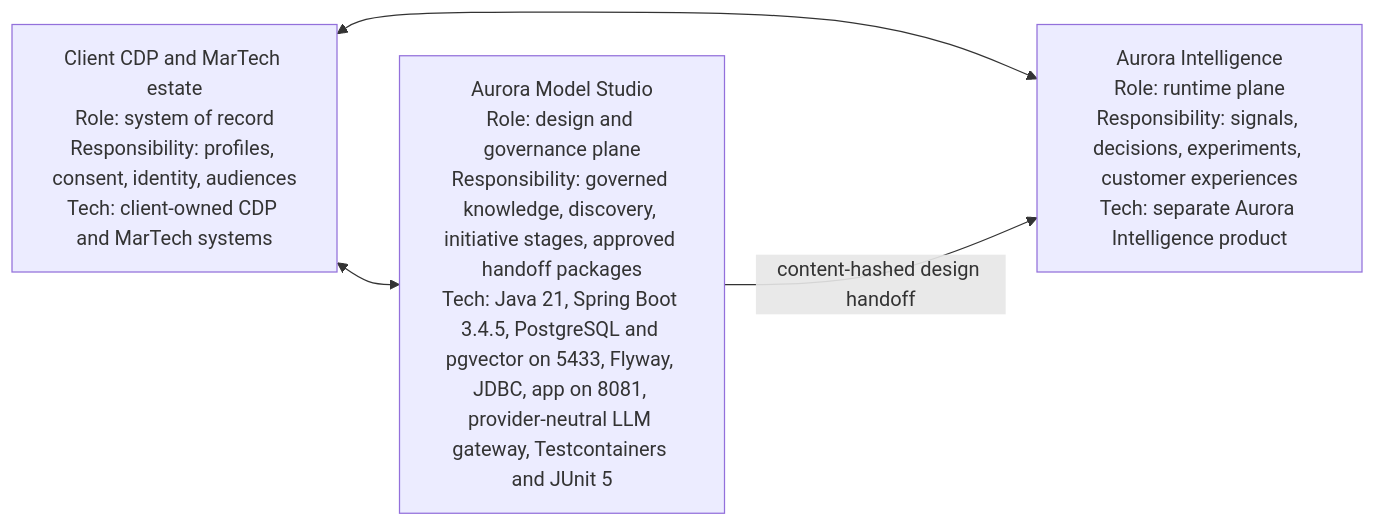
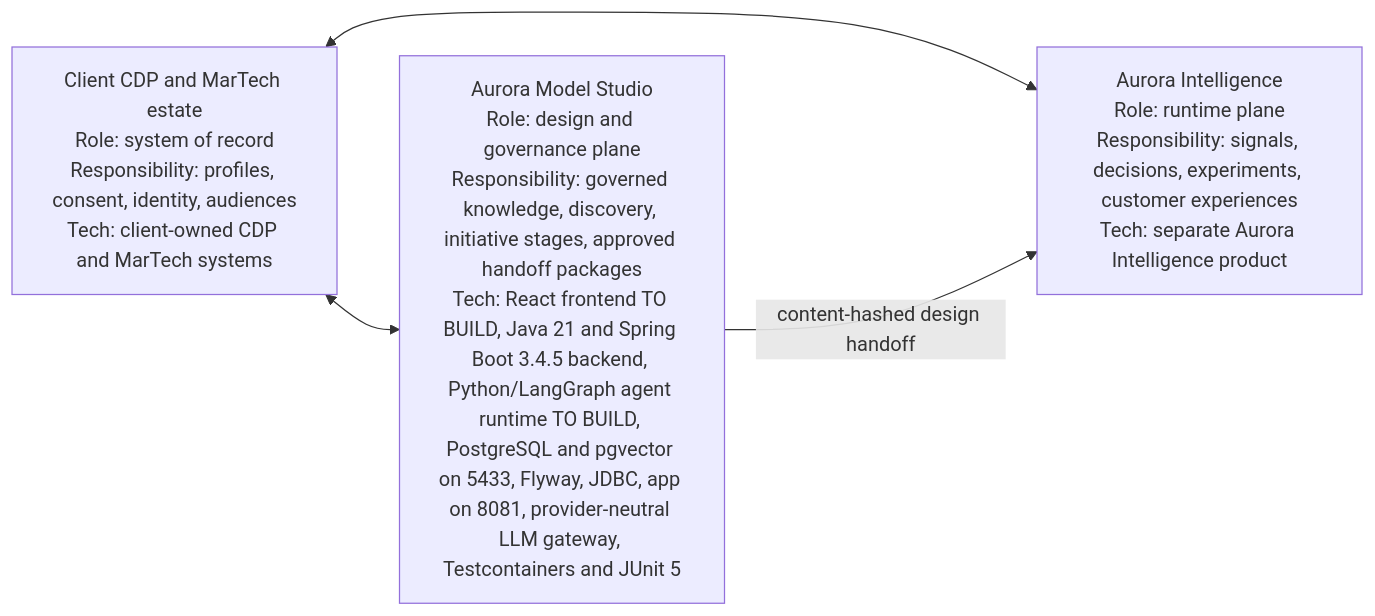
The first of 7 diagrams in docs/architecture.md (mohangundappa/aurora-model-studio), drawn with Mermaid before and after one commit. The commit also changed other lines of this file and 17 other files, not shown here.

Commit message:
docs: apply the per-layer technology rule of React, Spring Boot and Python LangGraph

````diff
--- a/docs/architecture.md
+++ b/docs/architecture.md
@@ -20,10 +21,10 @@
 ```mermaid
 flowchart LR
   Client["Client CDP and MarTech estate<br/>Role: system of record<br/>Responsibility: profiles, consent, identity, audiences<br/>Tech: client-owned CDP and MarTech systems"]
   Runtime["Aurora Intelligence<br/>Role: runtime plane<br/>Responsibility: signals, decisions, experiments, customer experiences<br/>Tech: separate Aurora Intelligence product"]
-  Studio["Aurora Model Studio<br/>Role: design and governance plane<br/>Responsibility: governed knowledge, discovery, initiative stages, approved handoff packages<br/>Tech: Java 21, Spring Boot 3.4.5, PostgreSQL and pgvector on 5433, Flyway, JDBC, app on 8081, provider-neutral LLM gateway, Testcontainers and JUnit 5"]
+  Studio["Aurora Model Studio<br/>Role: design and governance plane<br/>Responsibility: governed knowledge, discovery, initiative stages, approved handoff packages<br/>Tech: React frontend TO BUILD, Java 21 and Spring Boot 3.4.5 backend, Python/LangGraph agent runtime TO BUILD, PostgreSQL and pgvector on 5433, Flyway, JDBC, app on 8081, provider-neutral LLM gateway, Testcontainers and JUnit 5"]
 
   Client <--> Runtime
   Client <--> Studio
   Studio -->|"content-hashed design handoff"| Runtime
 ```
````
